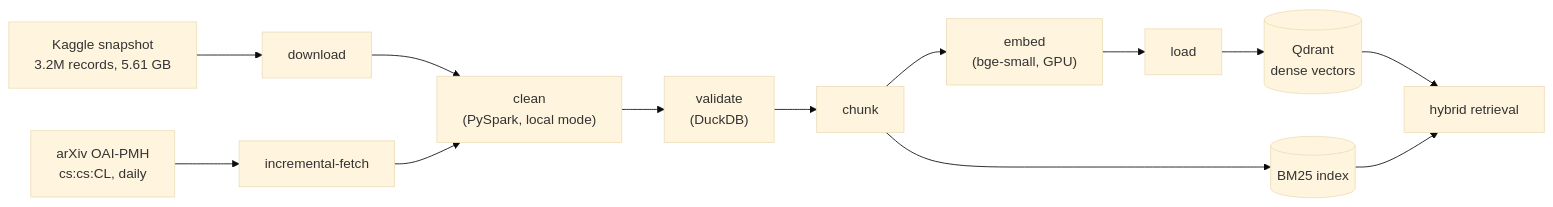
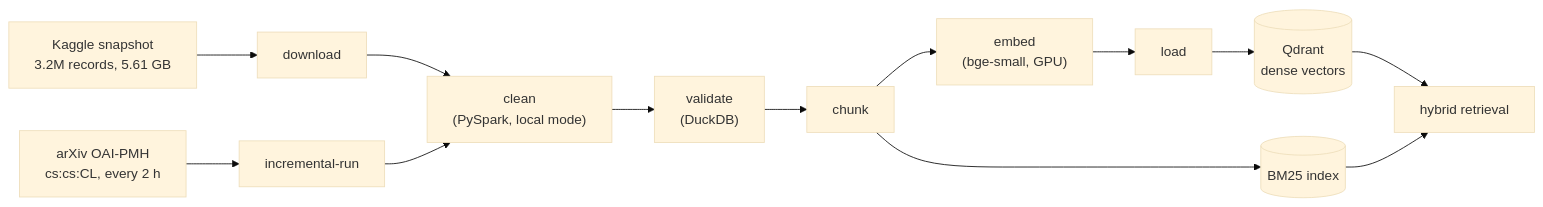
One commit to Tdat10052499/scitech-rag-agent changed the diagram in docs/report/02-data.md. Above: the diagram before and after it, drawn with Mermaid (base theme). The commit also changed other lines of this file, not shown here.

````diff
--- a/docs/report/02-data.md
+++ b/docs/report/02-data.md
@@ -55,15 +56,15 @@
 ```mermaid
 flowchart LR
     K[Kaggle snapshot<br/>3.2M records, 5.61 GB] --> D[download]
     D --> C["clean<br/>(PySpark, local mode)"]
-    O[arXiv OAI-PMH<br/>cs:cs:CL, daily] --> F[incremental-fetch]
+    O[arXiv OAI-PMH<br/>cs:cs:CL, every 2 h] --> F[incremental-run]
     F --> C
     C --> V["validate<br/>(DuckDB)"]
     V --> CH[chunk]
     CH --> E["embed<br/>(bge-small, GPU)"]
     E --> L[load]
     L --> Q[(Qdrant<br/>dense vectors)]
     CH --> B[(BM25 index)]
     Q --> R[hybrid retrieval]
     B --> R
 ```
````
